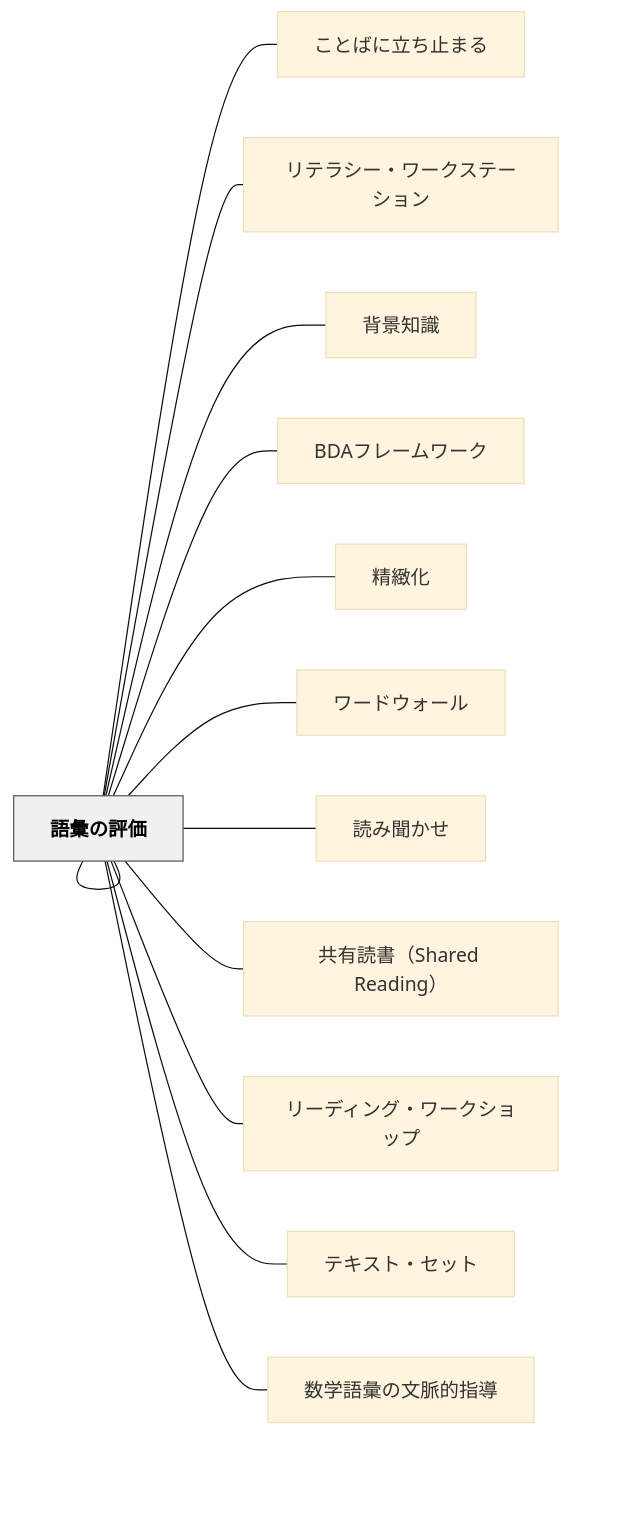
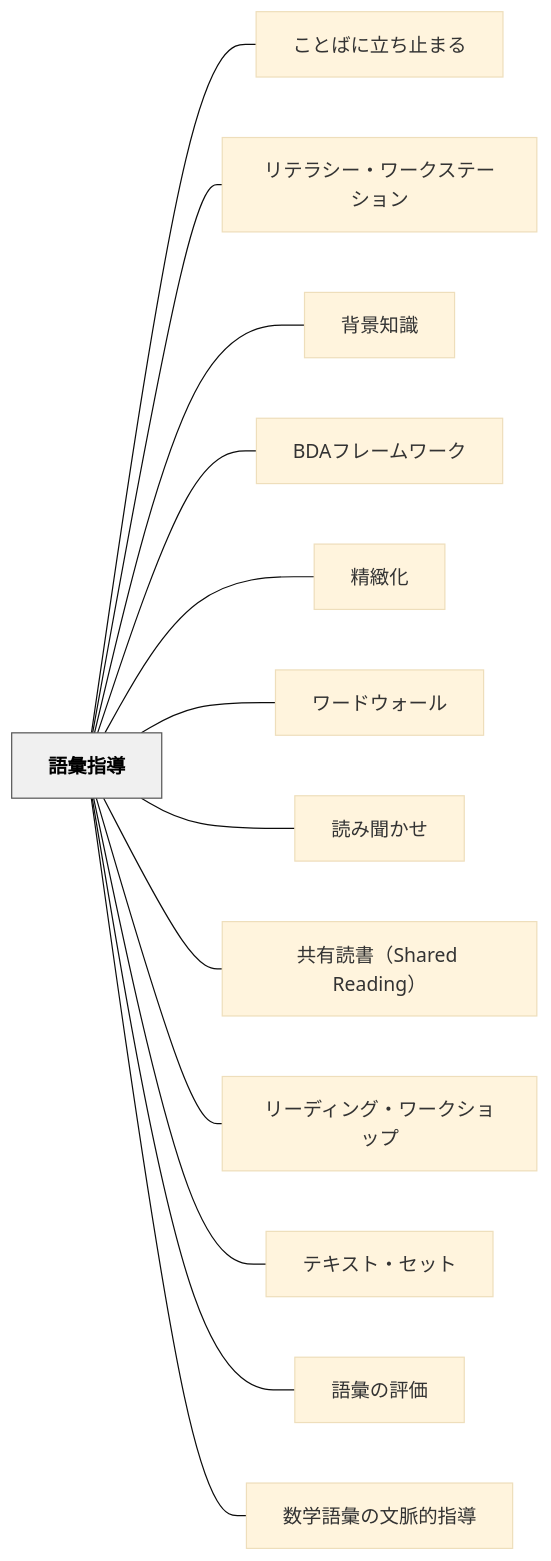
Before and after one commit to unknownthings-ed-patterns/unknownthings-ed-patterns: the diagram in content/パタン/語彙指導.md, drawn with Mermaid (base theme). The commit also changed 527 other files, not shown here.

````diff
--- a/content/パタン/語彙指導.md
+++ b/content/パタン/語彙指導.md
@@ -295,32 +295,32 @@
 ```mermaid
 flowchart LR
-    ne8aa9ee5bd99["語彙指導"]
-    ne38193e381a8["ことばに立ち止まる"]
-    ne383aae38386["リテラシー・ワークステーション"]
-    ne8838ce699af["背景知識"]
-    n424441e38395["BDAフレームワーク"]
-    ne7b2bee7b7bb["精緻化"]
-    ne383afe383bc["ワードウォール"]
-    ne8aaade381bf["読み聞かせ"]
-    ne585b1e69c89["共有読書（Shared Reading）"]
-    ne383aae383bc["リーディング・ワークショップ"]
-    ne38386e382ad["テキスト・セット"]
-    ne8aa9ee5bd99["語彙の評価"]
-    ne695b0e5ada6["数学語彙の文脈的指導"]
+    ne8aa9ee5bd99e68c87e5b08e["語彙指導"]
+    ne38193e381a8e381b0e381abe7ab8be381a1e6ada2e381bee3828b["ことばに立ち止まる"]
+    ne383aae38386e383a9e382b7e383bce383bbe383afe383bce382afe382b9e38386e383bce382b7e383a7e383b3["リテラシー・ワークステーション"]
+    ne8838ce699afe79fa5e8ad98["背景知識"]
+    n424441e38395e383ace383bce383a0e383afe383bce382af["BDAフレームワーク"]
+    ne7b2bee7b7bbe58c96["精緻化"]
+    ne383afe383bce38389e382a6e382a9e383bce383ab["ワードウォール"]
+    ne8aaade381bfe8819ee3818be3819b["読み聞かせ"]
+    ne585b1e69c89e8aaade69bb8efbc885368617265642052656164696e67efbc89["共有読書（Shared Reading）"]
+    ne383aae383bce38387e382a3e383b3e382b0e383bbe383afe383bce382afe382b7e383a7e38383e38397["リーディング・ワークショップ"]
+    ne38386e382ade382b9e38388e383bbe382bbe38383e38388["テキスト・セット"]
+    ne8aa9ee5bd99e381aee8a995e4bea1["語彙の評価"]
+    ne695b0e5ada6e8aa9ee5bd99e381aee69687e88488e79a84e68c87e5b08e["数学語彙の文脈的指導"]
 
-    ne8aa9ee5bd99 --- ne38193e381a8
-    ne8aa9ee5bd99 --- ne383aae38386
-    ne8aa9ee5bd99 --- ne8838ce699af
-    ne8aa9ee5bd99 --- n424441e38395
-    ne8aa9ee5bd99 --- ne7b2bee7b7bb
-    ne8aa9ee5bd99 --- ne383afe383bc
-    ne8aa9ee5bd99 --- ne8aaade381bf
-    ne8aa9ee5bd99 --- ne585b1e69c89
-    ne8aa9ee5bd99 --- ne383aae383bc
-    ne8aa9ee5bd99 --- ne38386e382ad
-    ne8aa9ee5bd99 --- ne8aa9ee5bd99
-    ne8aa9ee5bd99 --- ne695b0e5ada6
+    ne8aa9ee5bd99e68c87e5b08e --- ne38193e381a8e381b0e381abe7ab8be381a1e6ada2e381bee3828b
+    ne8aa9ee5bd99e68c87e5b08e --- ne383aae38386e383a9e382b7e383bce383bbe383afe383bce382afe382b9e38386e383bce382b7e383a7e383b3
+    ne8aa9ee5bd99e68c87e5b08e --- ne8838ce699afe79fa5e8ad98
+    ne8aa9ee5bd99e68c87e5b08e --- n424441e38395e383ace383bce383a0e383afe383bce382af
+    ne8aa9ee5bd99e68c87e5b08e --- ne7b2bee7b7bbe58c96
+    ne8aa9ee5bd99e68c87e5b08e --- ne383afe383bce38389e382a6e382a9e383bce383ab
+    ne8aa9ee5bd99e68c87e5b08e --- ne8aaade381bfe8819ee3818be3819b
+    ne8aa9ee5bd99e68c87e5b08e --- ne585b1e69c89e8aaade69bb8efbc885368617265642052656164696e67efbc89
+    ne8aa9ee5bd99e68c87e5b08e --- ne383aae383bce38387e382a3e383b3e382b0e383bbe383afe383bce382afe382b7e383a7e38383e38397
+    ne8aa9ee5bd99e68c87e5b08e --- ne38386e382ade382b9e38388e383bbe382bbe38383e38388
+    ne8aa9ee5bd99e68c87e5b08e --- ne8aa9ee5bd99e381aee8a995e4bea1
+    ne8aa9ee5bd99e68c87e5b08e --- ne695b0e5ada6e8aa9ee5bd99e381aee69687e88488e79a84e68c87e5b08e
 
     classDef hub fill:#f0f0f0,stroke:#555,color:#000,font-weight:bold
-    class ne8aa9ee5bd99 hub
+    class ne8aa9ee5bd99e68c87e5b08e hub
 ```
````
